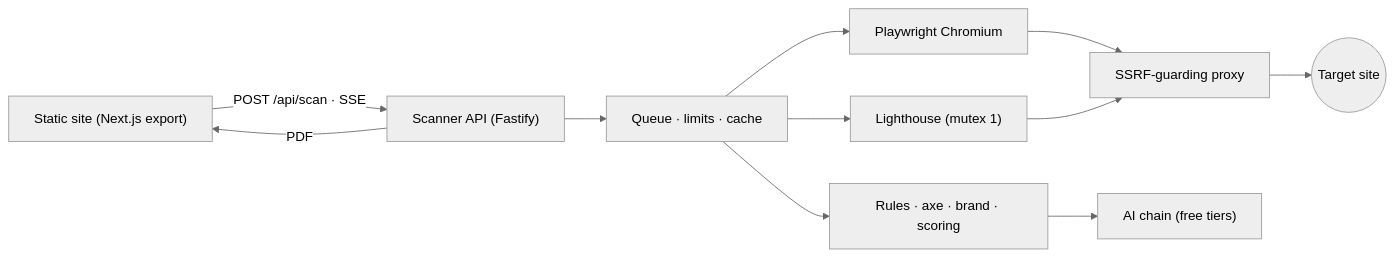
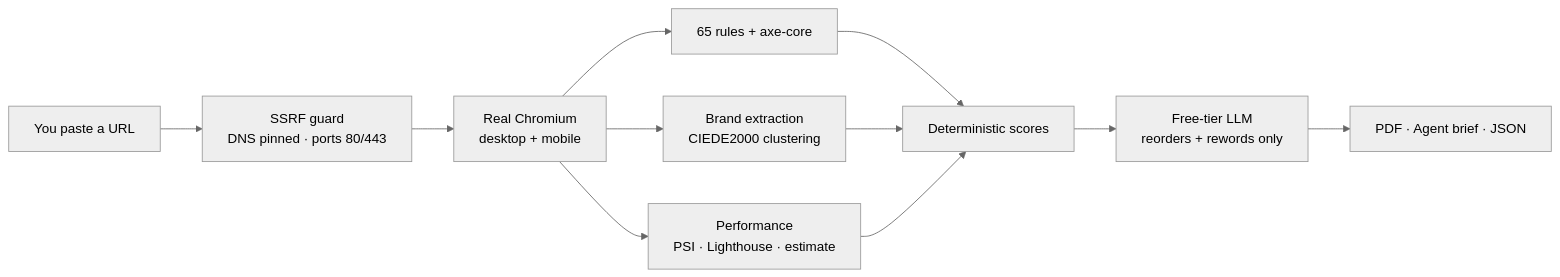
The diagram in README.md (KrishAryan12/Teardown), drawn with Mermaid (neutral theme) before and after one commit. The commit also changed other lines of this file and 4 other files, not shown here.

````diff
--- a/README.md
+++ b/README.md
@@ -30,13 +85,13 @@
 ```mermaid
 flowchart LR
-  B["Static site (Next.js export)"] -- "POST /api/scan · SSE" --> A["Scanner API (Fastify)"]
-  A --> Q["Queue · limits · cache"]
-  Q --> P["Playwright Chromium"]
-  Q --> L["Lighthouse (mutex 1)"]
-  P --> X["SSRF-guarding proxy"]
-  L --> X
-  X --> W(("Target site"))
-  Q --> R["Rules · axe · brand · scoring"]
-  R --> I["AI chain (free tiers)"]
-  A -- "PDF" --> B
+  U["You paste a URL"] --> G["SSRF guard<br/>DNS pinned · ports 80/443"]
+  G --> C["Real Chromium<br/>desktop + mobile"]
+  C --> R["65 rules + axe-core"]
+  C --> B["Brand extraction<br/>CIEDE2000 clustering"]
+  C --> P["Performance<br/>PSI · Lighthouse · estimate"]
+  R --> S["Deterministic scores"]
+  B --> S
+  P --> S
+  S --> A["Free-tier LLM<br/>reorders + rewords only"]
+  A --> E["PDF · Agent brief · JSON"]
 ```
````
